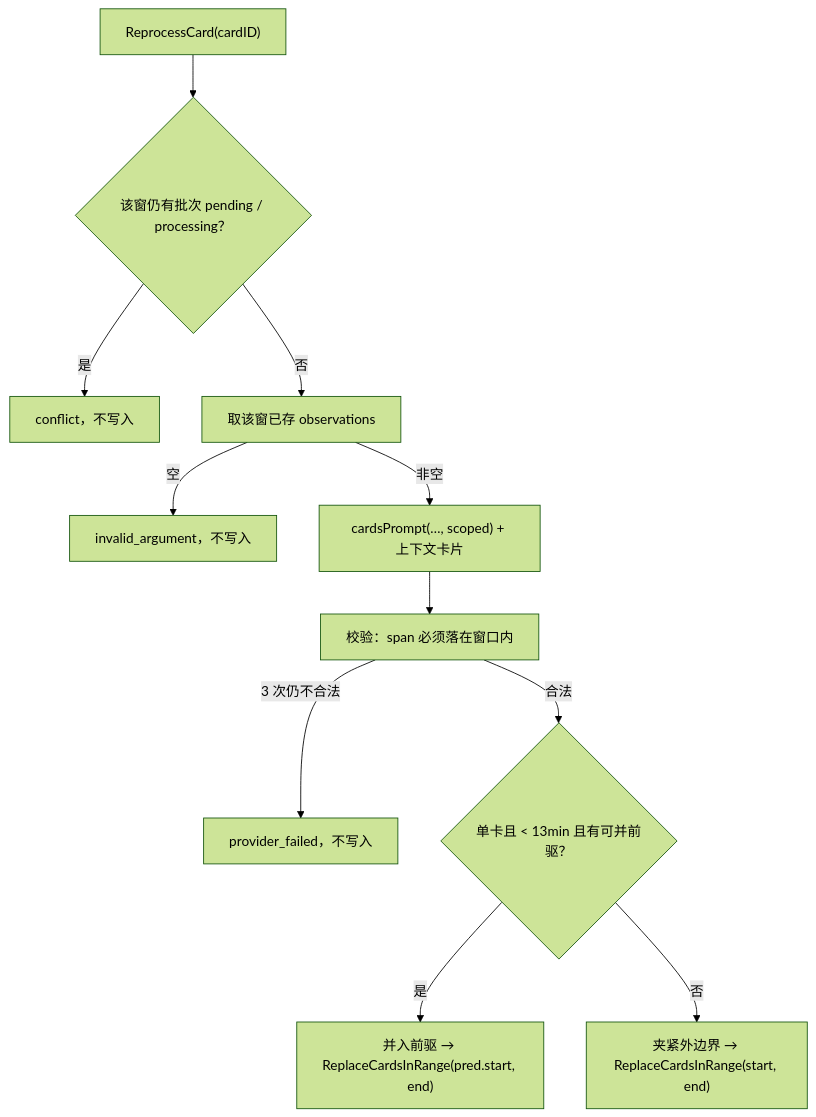
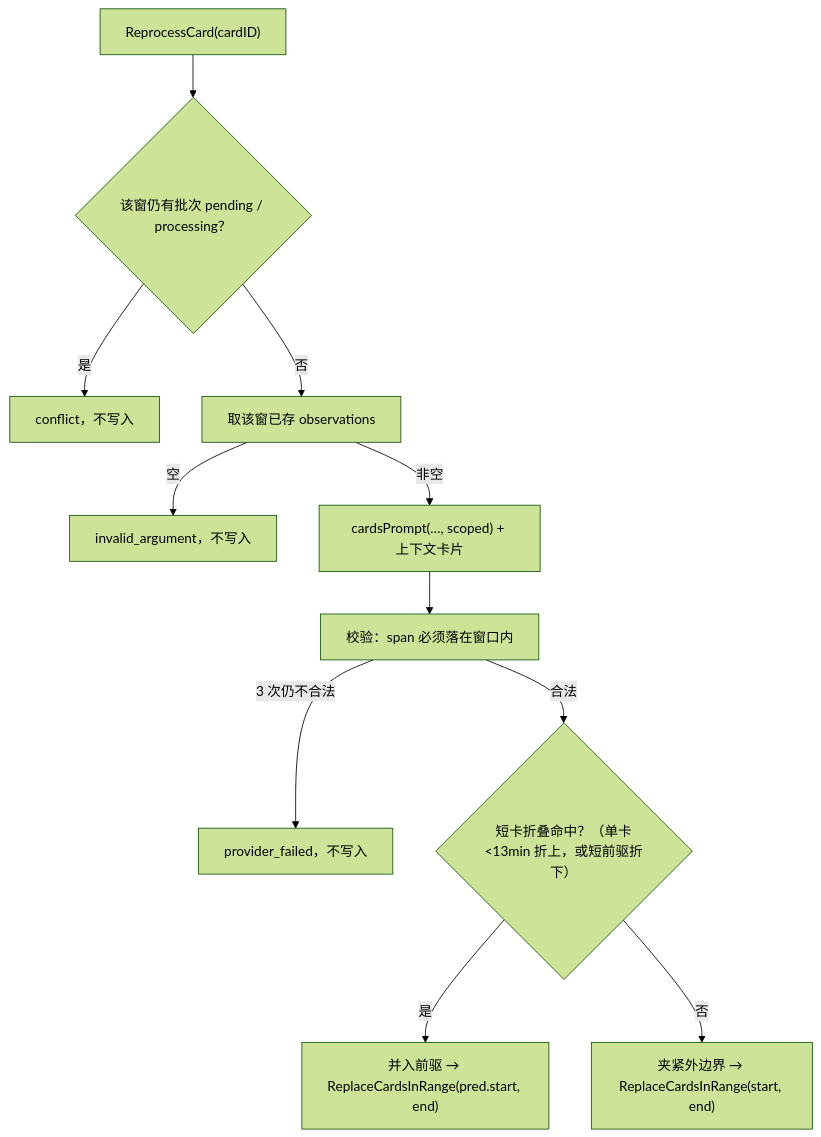
One commit to Jwz-git/Daygo changed the fourth of 5 diagrams in docs/04-data-flow.md. Above: the diagram before and after it, drawn with Mermaid (forest theme). The commit also changed other lines of this file and 5 other files, not shown here.

````diff
--- a/docs/04-data-flow.md
+++ b/docs/04-data-flow.md
@@ -330,13 +342,13 @@
 ```mermaid
 flowchart TD
     R["ReprocessCard(cardID)"] --> W{"该窗仍有批次 pending / processing？"}
     W -->|是| C["conflict，不写入"]
     W -->|否| O["取该窗已存 observations"]
     O -->|空| E["invalid_argument，不写入"]
     O -->|非空| P["cardsPrompt(…, scoped) + 上下文卡片"]
     P --> V["校验：span 必须落在窗口内"]
     V -->|3 次仍不合法| F["provider_failed，不写入"]
-    V -->|合法| S{"单卡且 < 13min 且有可并前驱？"}
+    V -->|合法| S{"短卡折叠命中？（单卡<13min 折上，或短前驱折下）"}
     S -->|是| M["并入前驱 → ReplaceCardsInRange(pred.start, end)"]
     S -->|否| PIN["夹紧外边界 → ReplaceCardsInRange(start, end)"]
 ```
````
